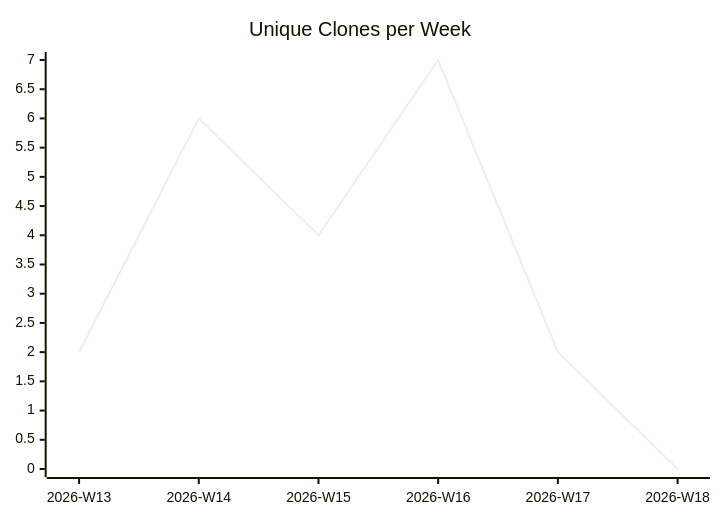
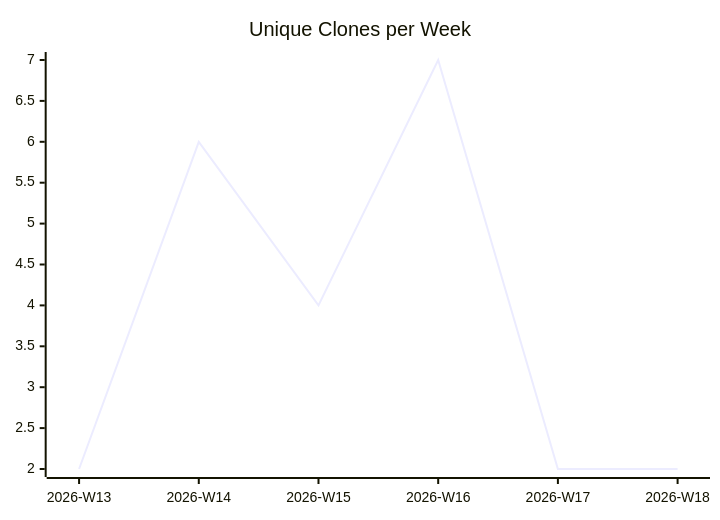
One commit to justdavis-family/github-analytics-data changed the third of 3 diagrams in karlmdavis/obsidian-operator/README.md. Above: the diagram before and after it, drawn with Mermaid. The commit also changed other lines of this file and 185 other files, not shown here.

````diff
--- a/karlmdavis/obsidian-operator/README.md
+++ b/karlmdavis/obsidian-operator/README.md
@@ -19,6 +19,6 @@
 ```mermaid
 xychart-beta
   title "Unique Clones per Week"
   x-axis ["2026-W13", "2026-W14", "2026-W15", "2026-W16", "2026-W17", "2026-W18"]
-  line [2, 6, 4, 7, 2, 0]
+  line [2, 6, 4, 7, 2, 2]
 ```
````
